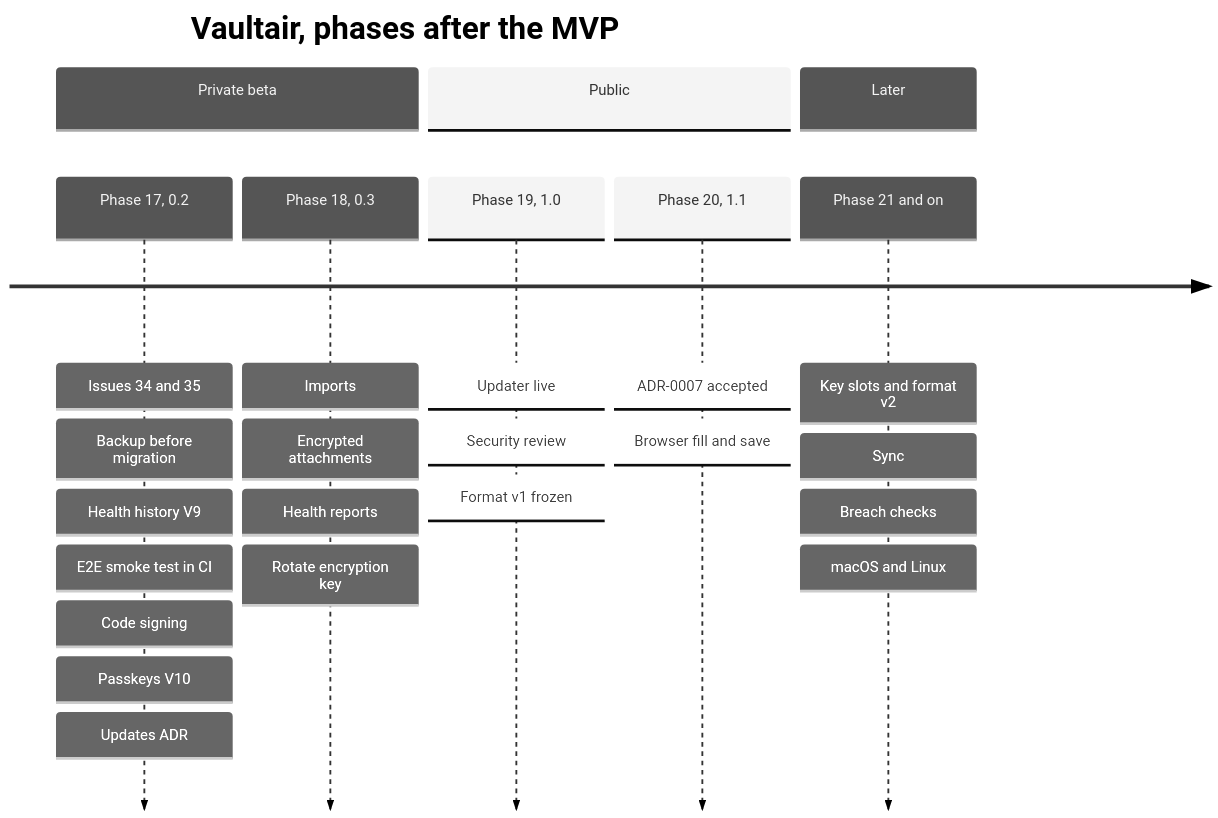
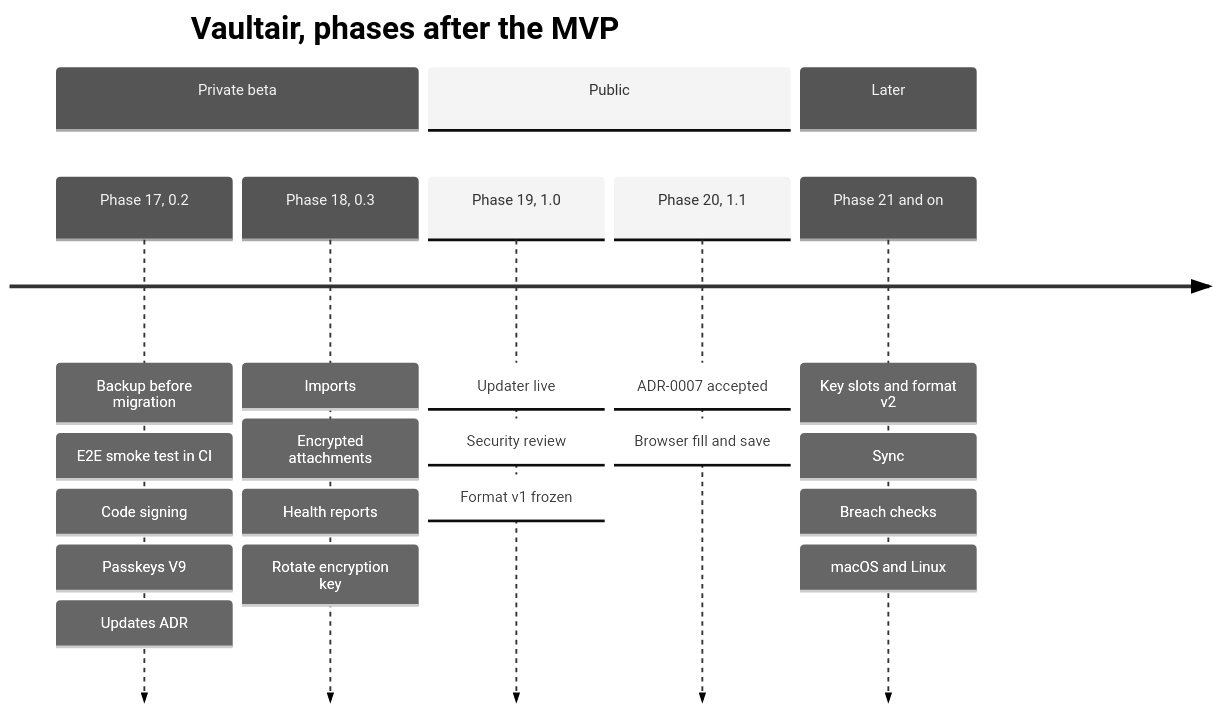
The first of 5 diagrams in docs/roadmap.md (bubb4rd/vaultair), drawn with Mermaid (neutral theme) before and after one commit. The commit also changed other lines of this file and 39 other files, not shown here.

First line of the commit message:
feat(backup): back up a vault before upgrading its schema

````diff
--- a/docs/roadmap.md
+++ b/docs/roadmap.md
@@ -26,12 +27,12 @@
 ```mermaid
 timeline
     title Vaultair, phases after the MVP
     section Private beta
-        Phase 17, 0.2 : Issues 34 and 35 : Backup before migration : Health history V9 : E2E smoke test in CI : Code signing : Passkeys V10 : Updates ADR
+        Phase 17, 0.2 : Backup before migration : E2E smoke test in CI : Code signing : Passkeys V9 : Updates ADR
         Phase 18, 0.3 : Imports : Encrypted attachments : Health reports : Rotate encryption key
     section Public
         Phase 19, 1.0 : Updater live : Security review : Format v1 frozen
         Phase 20, 1.1 : ADR-0007 accepted : Browser fill and save
     section Later
         Phase 21 and on : Key slots and format v2 : Sync : Breach checks : macOS and Linux
 ```
````
